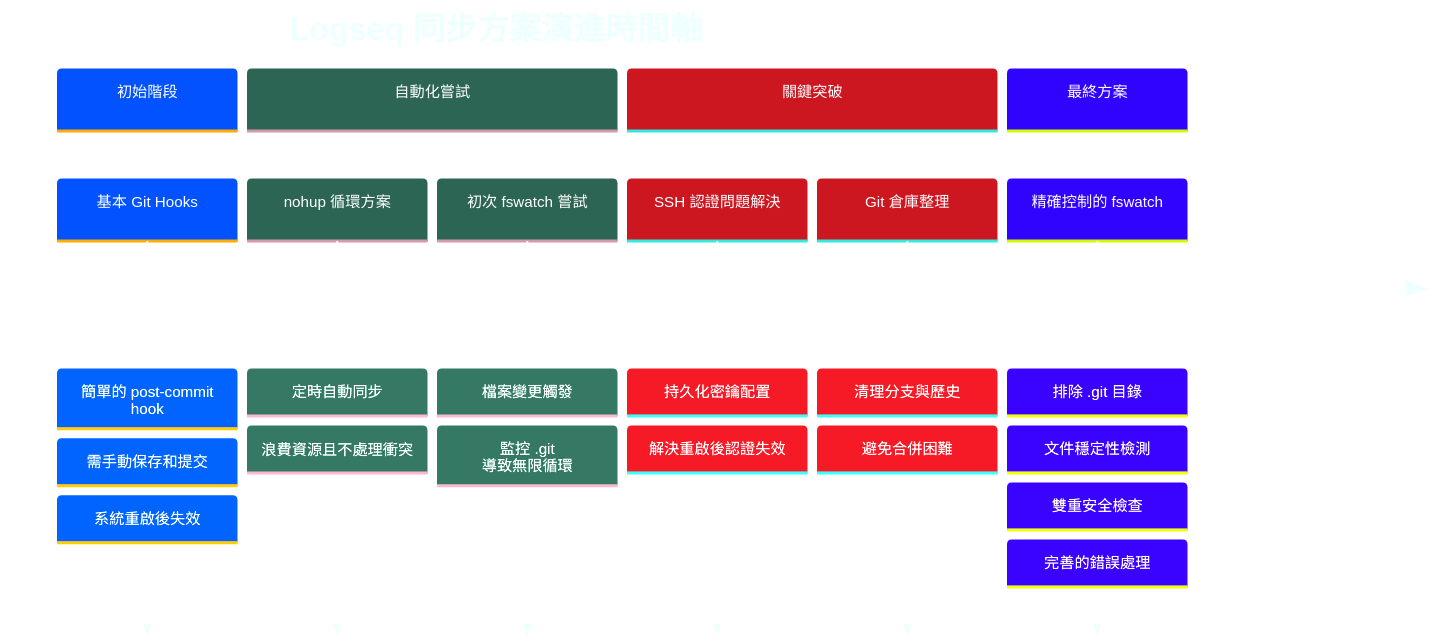
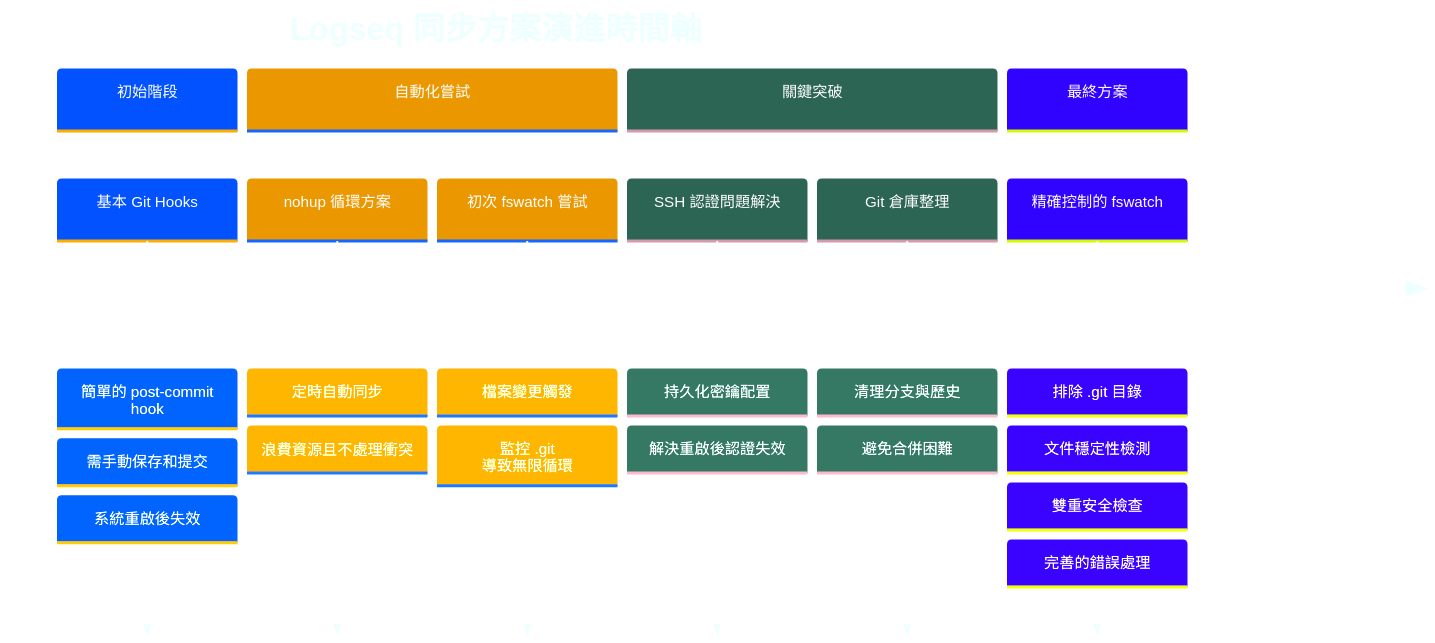
The first of 2 diagrams in Logseq同步方案演進記錄.md (GengGeng026/Sync-Logseq), drawn with Mermaid before and after one commit.

Commit message:
Auto-sync: Wed Mar 26 08:38:18 +08 2025

````diff
--- a/Logseq同步方案演進記錄.md
+++ b/Logseq同步方案演進記錄.md
@@ -27,44 +27,44 @@
 ```mermaid
 %%{init: {
   'theme': 'base', 
   'themeVariables': {
     'primaryColor': '#82AAFF',
     'primaryTextColor': '#FFFFFF',
     'primaryBorderColor': '#59B79A',
     'lineColor': '#C792EA',
-    'secondaryColor': '#59B79A',
-    'tertiaryColor': '#F07178',
+    'secondaryColor': '#FFCB6B',
+    'tertiaryColor': '#59B79A',
     'background': 'transparent',
     'textColor': '#EEFFFF',
     'nodeBorder': '#59B79A',
     'clusterBkg': 'transparent',
     'titleColor': '#EEFFFF',
     'sectionBkgColor': '#273747',
     'sectionBkgColor2': '#334455',
     'sectionBkgColor3': '#3A4A5A',
     'sectionBkgColor4': '#42546A',
     'sectionBkgColor5': '#4B5E78'
   }
 }}%%
 timeline
     title Logseq 同步方案演進時間軸
     section 初始階段
         基本 Git Hooks : 簡單的 post-commit hook
         : 需手動保存和提交
         : 系統重啟後失效
     section 自動化嘗試
         nohup 循環方案 : 定時自動同步
         : 浪費資源且不處理衝突
         初次 fswatch 嘗試 : 檔案變更觸發
         : 監控 .git 導致無限循環
     section 關鍵突破
         SSH 認證問題解決 : 持久化密鑰配置
         : 解決重啟後認證失效
         Git 倉庫整理 : 清理分支與歷史
         : 避免合併困難
     section 最終方案
         精確控制的 fswatch : 排除 .git 目錄
         : 文件穩定性檢測
         : 雙重安全檢查
         : 完善的錯誤處理
 ```
````
